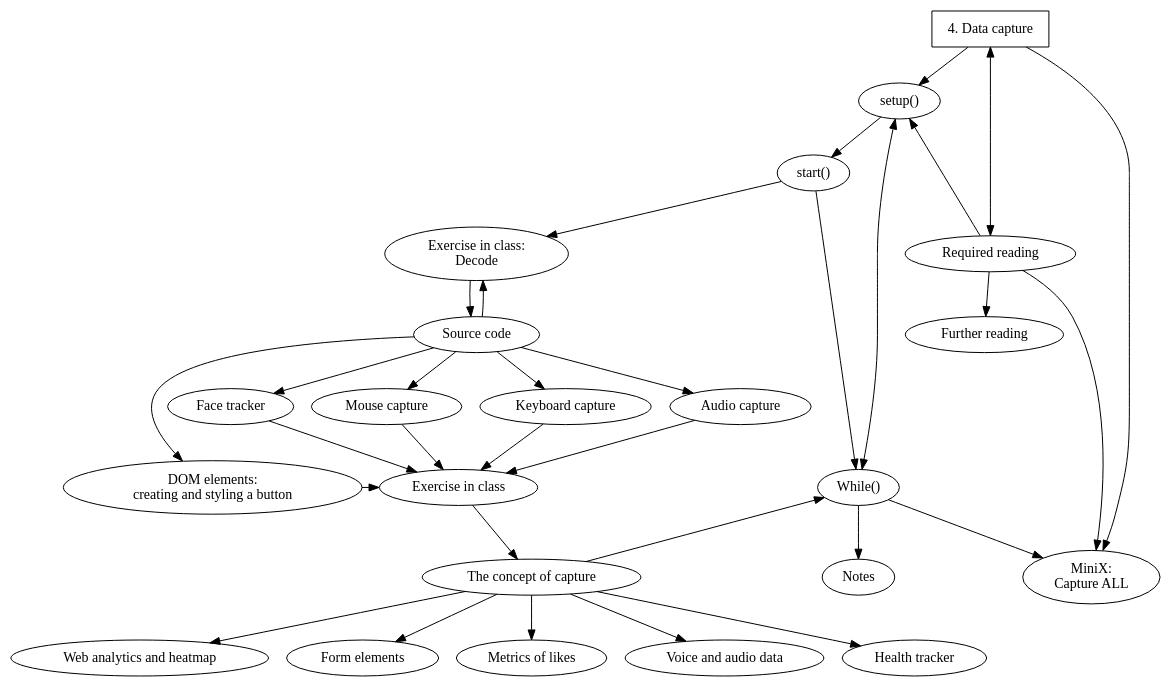
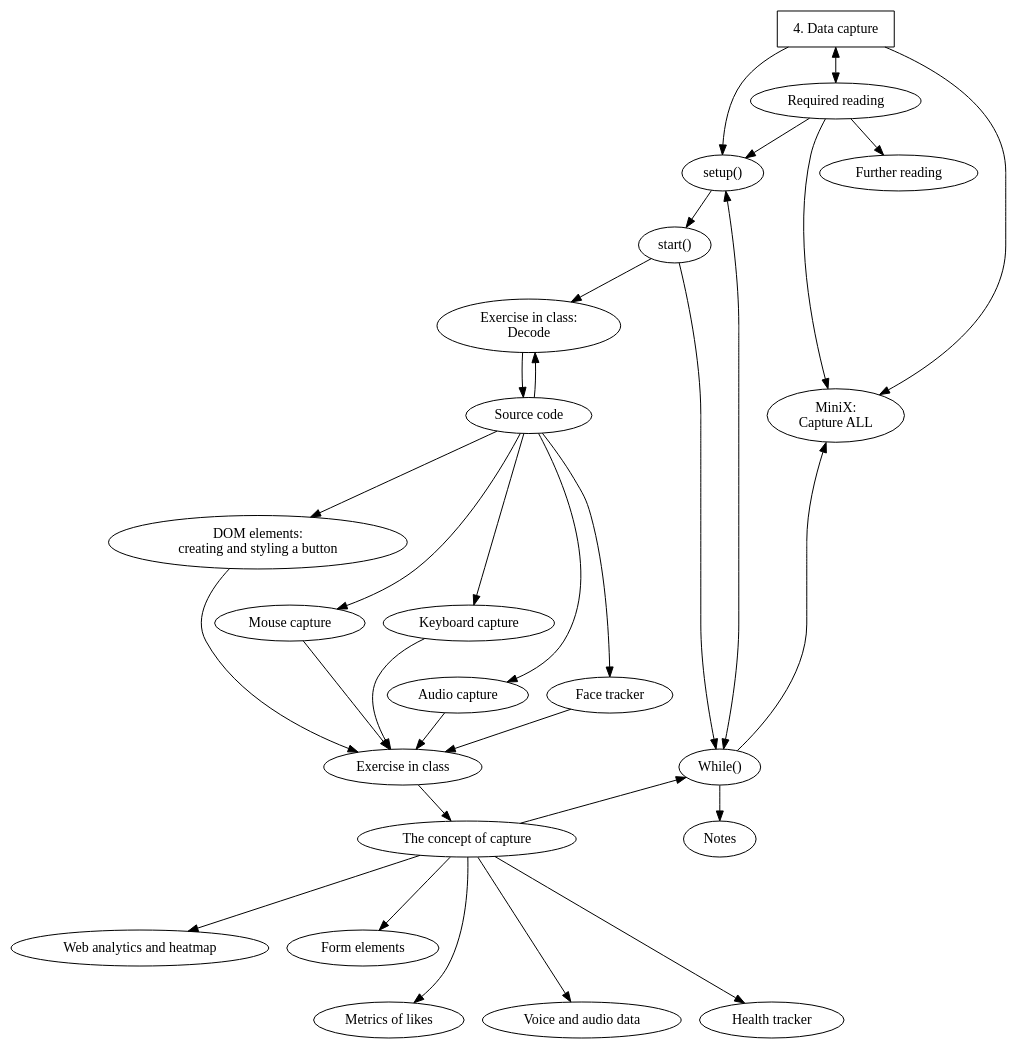
Before and after one commit to danbz/aesthetic-programming: the diagram in graphviz/AP_ch4.dot, drawn with Graphviz. The commit also changed 1 other file, not shown here.

Commit message:
update ch.4 graphviz - more vertical

```diff
--- a/graphviz/AP_ch4.dot
+++ b/graphviz/AP_ch4.dot
@@ -1,52 +1,57 @@
 digraph G {
 
 node[fontname="Hershey-Noailles-help-me"]
 
 //labels
 GS [
 label="4. Data capture",
 style=bold,
 shape=rectangle,
 penwidth="1pt"
 ]
 
 SU [label="setup()"]
 ST [label="start()"]
 DE [label="Exercise in class: \nDecode"]
 SC [label="Source code"]
 DOM [label="DOM elements:\n creating and styling a button"]
 MC [label="Mouse capture"]
 KC [label="Keyboard capture"]
 AC [label="Audio capture"]
 FT [label="Face tracker"]
 EiC [label="Exercise in class"]
 CC [label="The concept of capture"]
 WA [label="Web analytics and heatmap"]
 FE [label="Form elements"]
 ML [label="Metrics of likes"]
 VD [label="Voice and audio data"]
 HT [label="Health tracker"]
 MW [label="While()"]
 MX [label="MiniX: \nCapture ALL"]
 RR [label="Required reading"]
 FR [label="Further reading"]
 Notes [label="Notes"]
 
 //rank
-{rank = same; MW, DOM, EiC}
-{rank = same; DE, RR}
+{rank = same; MX, SC}
+{rank = same; MW, EiC}
 
 //graph
 GS -> SU -> ST -> DE -> SC;
 SC -> DE;
-GS -> RR[dir=both, minlen=3];
+GS -> RR[dir=both];
 SU -> MW [dir=both];
 GS -> MX;
 RR -> MX, SU;
-SC -> DOM, MC, KC, AC, FT;
-DOM, MC, KC, AC, FT -> EiC -> CC;
-CC -> WA, FE, ML, VD, HT;
+SC -> DOM [minlen=2];
+SC -> MC, KC [minlen=3];
+SC -> AC, FT [minlen=4];
+DOM -> EiC;
+MC, KC, AC, FT -> EiC ;
+EiC-> CC ;
+CC -> WA, FE [minlen=2];
+CC -> ML, VD, HT[minlen=3];
 ST, CC -> MW -> Notes;
 MW -> MX;
 RR -> FR;
 }
```
